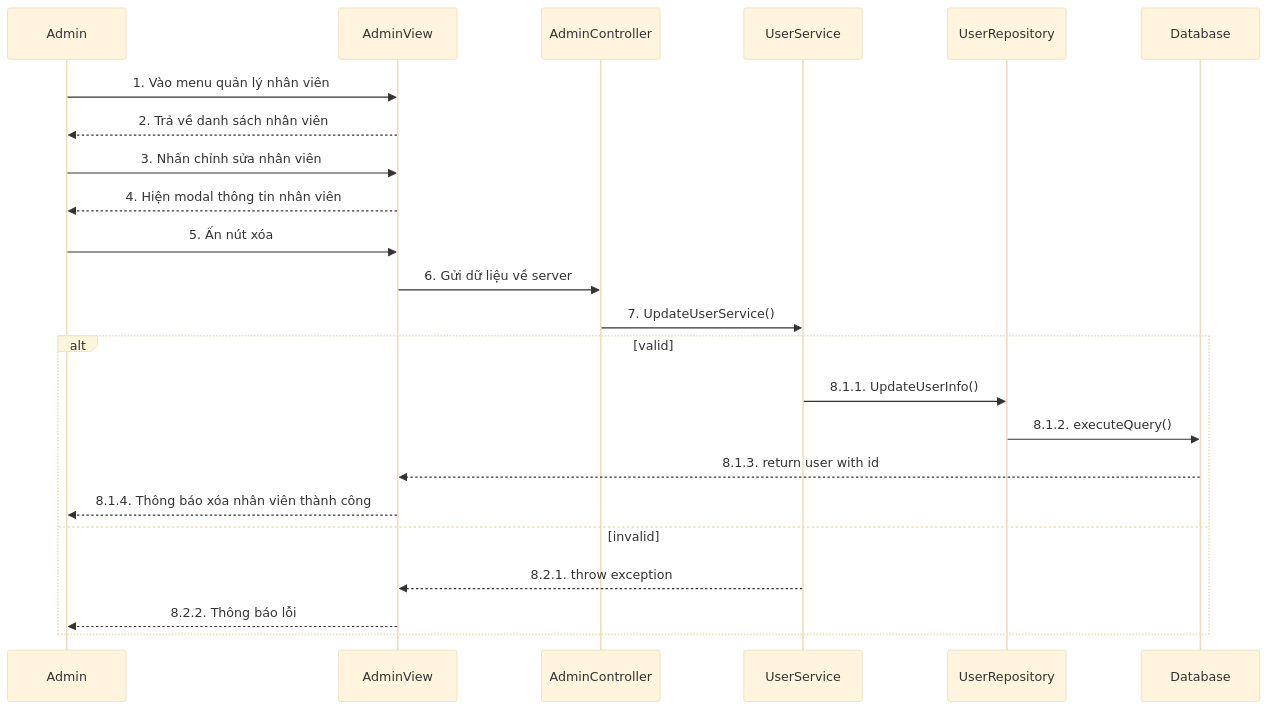
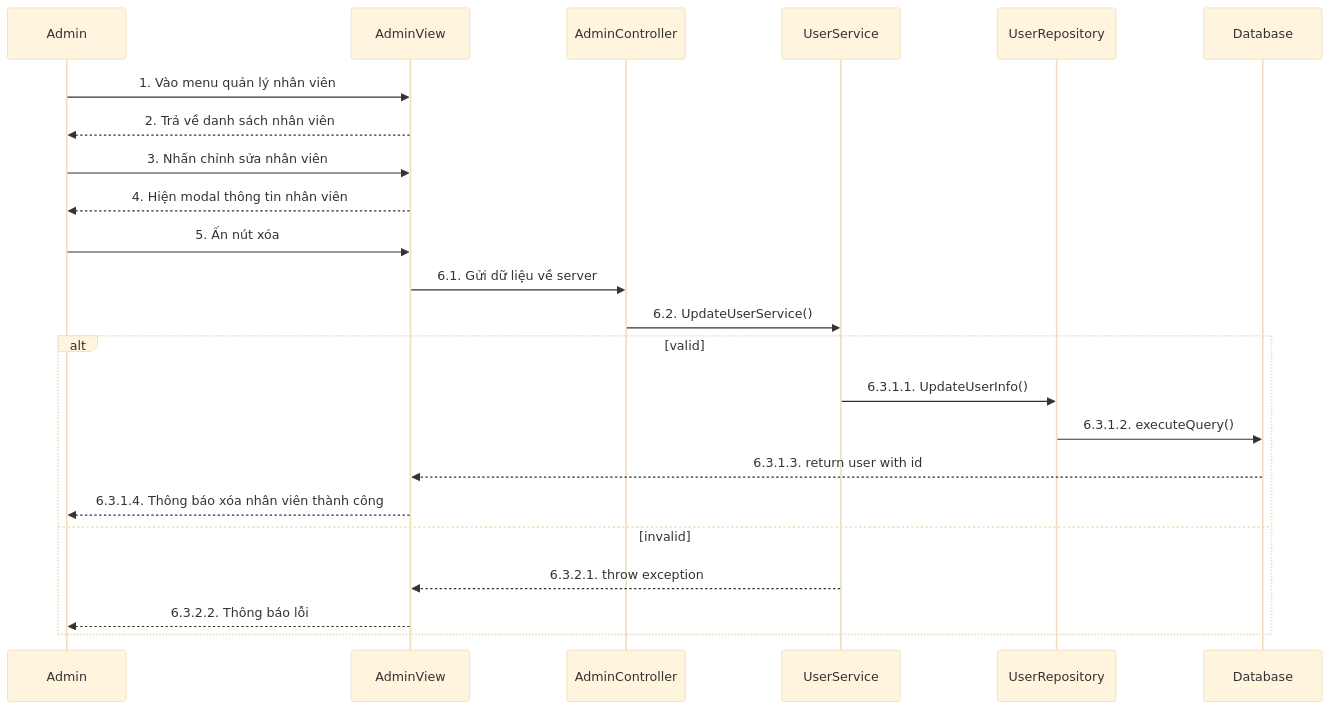
One commit to LienNTB/sequence-CNPM changed the diagram in sequence/admin/Sequence-1-4.XoaNhanVien.mmd. Above: the diagram before and after it, drawn with Mermaid (base theme). The commit also changed 7 other files, not shown here.

```diff
--- a/sequence/admin/Sequence-1-4.XoaNhanVien.mmd
+++ b/sequence/admin/Sequence-1-4.XoaNhanVien.mmd
@@ -1,28 +1,28 @@
 
 sequenceDiagram
     participant Admin
     participant AdminView
     participant AdminController
     participant UserService
     participant UserRepository
     participant Database
 
     Admin->>AdminView: 1. Vào menu quản lý nhân viên
     AdminView-->>Admin: 2. Trả về danh sách nhân viên
     Admin->>AdminView: 3. Nhấn chỉnh sửa nhân viên
     AdminView-->>Admin: 4. Hiện modal thông tin nhân viên
     Admin->>AdminView: 5. Ấn nút xóa
     
-    AdminView->>AdminController: 6. Gửi dữ liệu về server
-    AdminController->>UserService: 7. UpdateUserService()
+    AdminView->>AdminController: 6.1. Gửi dữ liệu về server
+    AdminController->>UserService: 6.2. UpdateUserService()
 
     alt valid
-        UserService->>UserRepository: 8.1.1. UpdateUserInfo()
-        UserRepository->>Database: 8.1.2. executeQuery()
+        UserService->>UserRepository: 6.3.1.1. UpdateUserInfo()
+        UserRepository->>Database: 6.3.1.2. executeQuery()
         
-        Database-->>AdminView: 8.1.3. return user with id
-        AdminView-->>Admin: 8.1.4. Thông báo xóa nhân viên thành công
+        Database-->>AdminView: 6.3.1.3. return user with id
+        AdminView-->>Admin: 6.3.1.4. Thông báo xóa nhân viên thành công
     else invalid
-        UserService-->>AdminView: 8.2.1. throw exception
-        AdminView-->>Admin: 8.2.2. Thông báo lỗi
+        UserService-->>AdminView: 6.3.2.1. throw exception
+        AdminView-->>Admin: 6.3.2.2. Thông báo lỗi
     end
```
